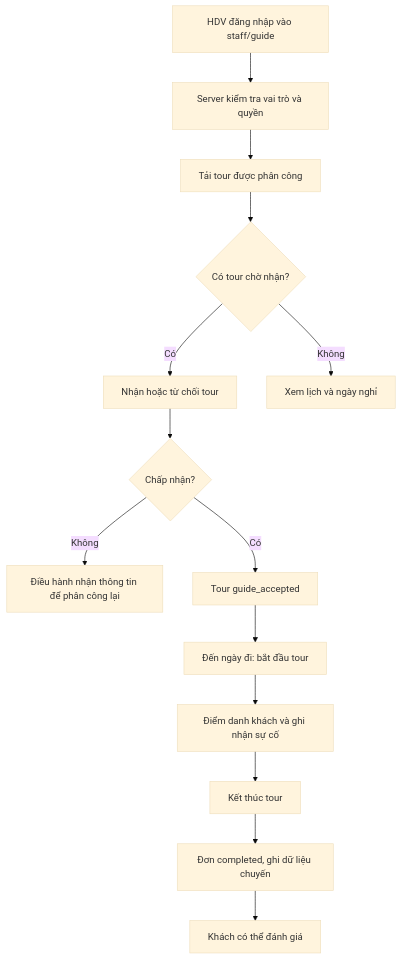
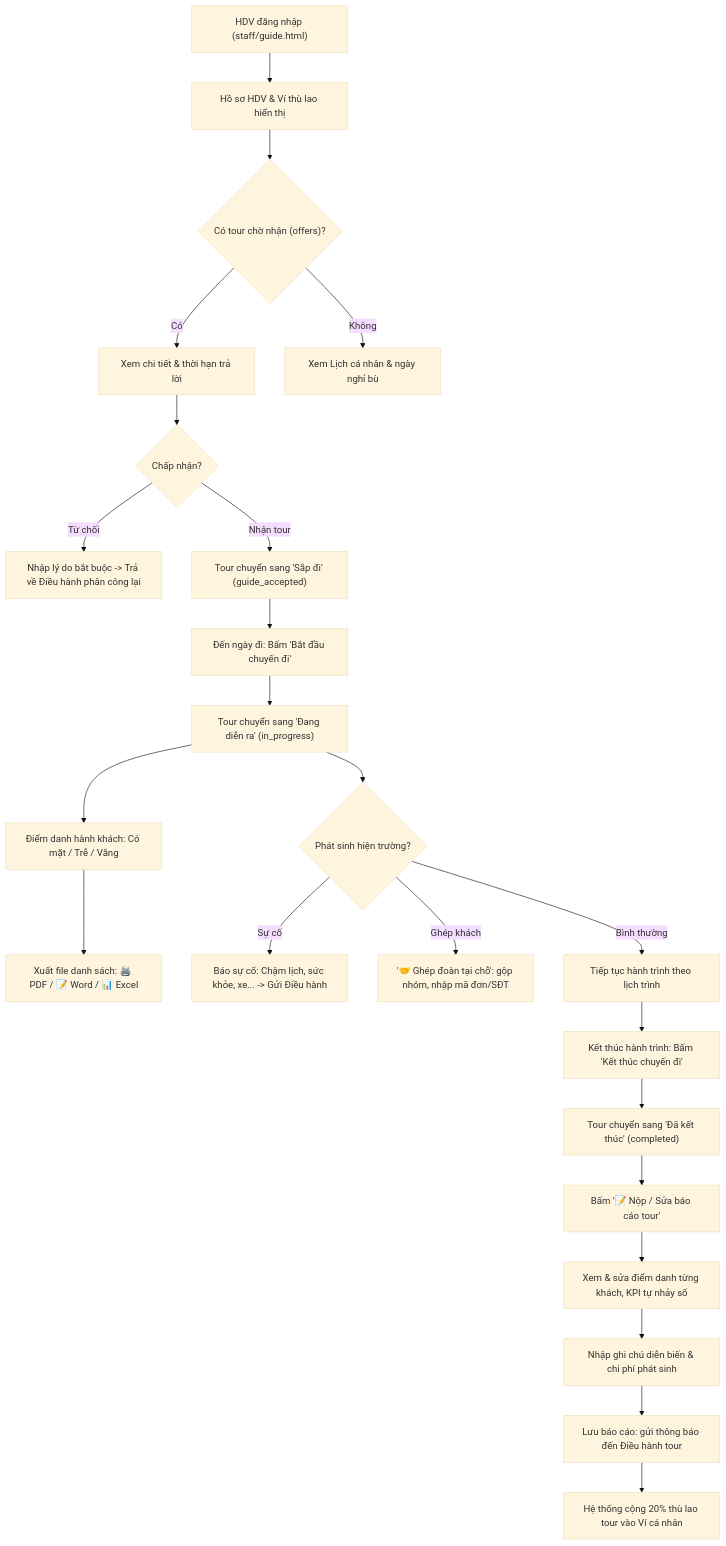
The diagram in docs/WORKFLOWS_TRAVEL/11_WORKFLOW_HD_VIEN.md (dongocphat007-ctrl/Travel), drawn with Mermaid (base theme) before and after one commit. The commit also changed other lines of this file and 139 other files, not shown here.

````diff
--- a/docs/WORKFLOWS_TRAVEL/11_WORKFLOW_HD_VIEN.md
+++ b/docs/WORKFLOWS_TRAVEL/11_WORKFLOW_HD_VIEN.md
@@ -3,16 +9,28 @@
 ```mermaid
 flowchart TD
- A[HDV đăng nhập vào staff/guide] --> B[Server kiểm tra vai trò và quyền]
- B --> C[Tải tour được phân công]
- C --> D{Có tour chờ nhận?}
- D -->|Có| E[Nhận hoặc từ chối tour]
- D -->|Không| F[Xem lịch và ngày nghỉ]
- E --> G{Chấp nhận?}
- G -->|Không| H[Điều hành nhận thông tin để phân công lại]
- G -->|Có| I[Tour guide_accepted]
- I --> J[Đến ngày đi: bắt đầu tour]
- J --> K[Điểm danh khách và ghi nhận sự cố]
- K --> L[Kết thúc tour]
- L --> M[Đơn completed, ghi dữ liệu chuyến]
- M --> N[Khách có thể đánh giá]
+  A["HDV đăng nhập (staff/guide.html)"] --> B["Hồ sơ HDV & Ví thù lao hiển thị"]
+  B --> C{"Có tour chờ nhận (offers)?"}
+  C -- "Có" --> D["Xem chi tiết & thời hạn trả lời"]
+  D --> E{"Chấp nhận?"}
+  E -- "Từ chối" --> F["Nhập lý do bắt buộc -> Trả về Điều hành phân công lại"]
+  E -- "Nhận tour" --> G["Tour chuyển sang 'Sắp đi' (guide_accepted)"]
+  C -- "Không" --> H["Xem Lịch cá nhân & ngày nghỉ bù"]
+
+  G --> I["Đến ngày đi: Bấm 'Bắt đầu chuyến đi'"]
+  I --> J["Tour chuyển sang 'Đang diễn ra' (in_progress)"]
+  J --> K["Điểm danh hành khách: Có mặt / Trễ / Vắng"]
+  K --> K1["Xuất file danh sách: 🖨️ PDF / 📝 Word / 📊 Excel"]
+
+  J --> L{"Phát sinh hiện trường?"}
+  L -- "Sự cố" --> M["Báo sự cố: Chậm lịch, sức khỏe, xe... -> Gửi Điều hành"]
+  L -- "Ghép khách" --> N["'🤝 Ghép đoàn tại chỗ': gộp nhóm, nhập mã đơn/SĐT"]
+  L -- "Bình thường" --> O["Tiếp tục hành trình theo lịch trình"]
+
+  O --> P["Kết thúc hành trình: Bấm 'Kết thúc chuyến đi'"]
+  P --> Q["Tour chuyển sang 'Đã kết thúc' (completed)"]
+  Q --> R["Bấm '📝 Nộp / Sửa báo cáo tour'"]
+  R --> S["Xem & sửa điểm danh từng khách, KPI tự nhảy số"]
+  S --> T["Nhập ghi chú diễn biến & chi phí phát sinh"]
+  T --> U["Lưu báo cáo: gửi thông báo đến Điều hành tour"]
+  U --> V["Hệ thống cộng 20% thù lao tour vào Ví cá nhân"]
 ```
````
